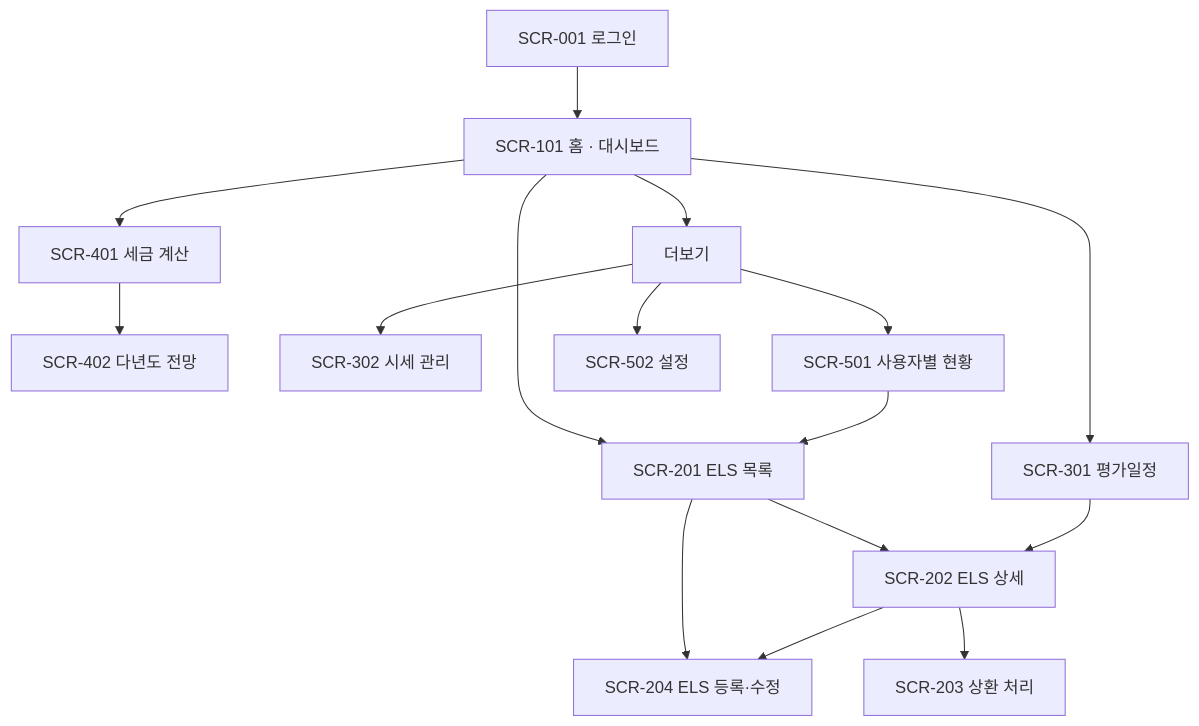
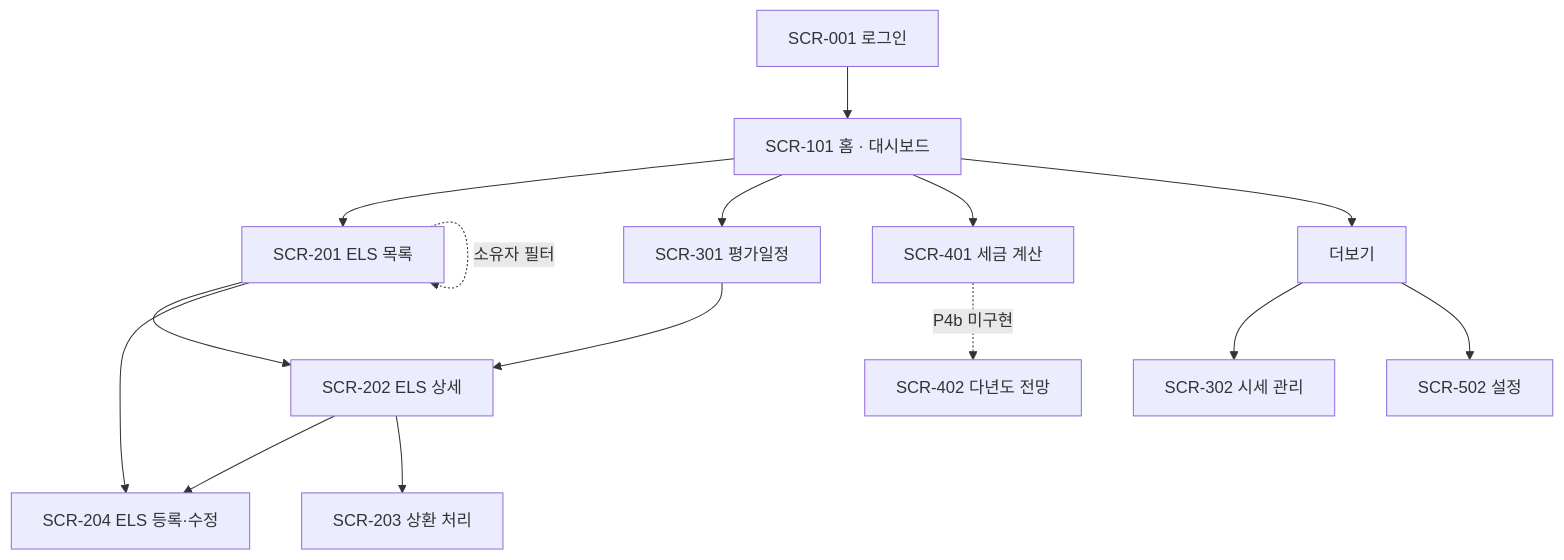
One commit to hellinii/els-manager changed the diagram in docs/08_정보구조_및_화면목록.md. Above: the diagram before and after it, drawn with Mermaid. The commit also changed other lines of this file and 11 other files, not shown here.

````diff
--- a/docs/08_정보구조_및_화면목록.md
+++ b/docs/08_정보구조_및_화면목록.md
@@ -63,23 +64,23 @@
 ```mermaid
 graph TD
     L[SCR-001 로그인]
     L --> H[SCR-101 홈 · 대시보드]
 
     H --> P[SCR-201 ELS 목록]
     P --> PD[SCR-202 ELS 상세]
     P --> PN[SCR-204 ELS 등록·수정]
     PD --> PN
     PD --> PR[SCR-203 상환 처리]
 
     H --> S[SCR-301 평가일정]
     S --> PD
 
     H --> T[SCR-401 세금 계산]
-    T --> F[SCR-402 다년도 전망]
+    T -.->|P4b 미구현| F[SCR-402 다년도 전망]
 
     H --> M[더보기]
     M --> PR2[SCR-302 시세 관리]
-    M --> U[SCR-501 사용자별 현황]
     M --> ST[SCR-502 설정]
-    U --> P
+
+    P -.->|소유자 필터| P
 ```
````
